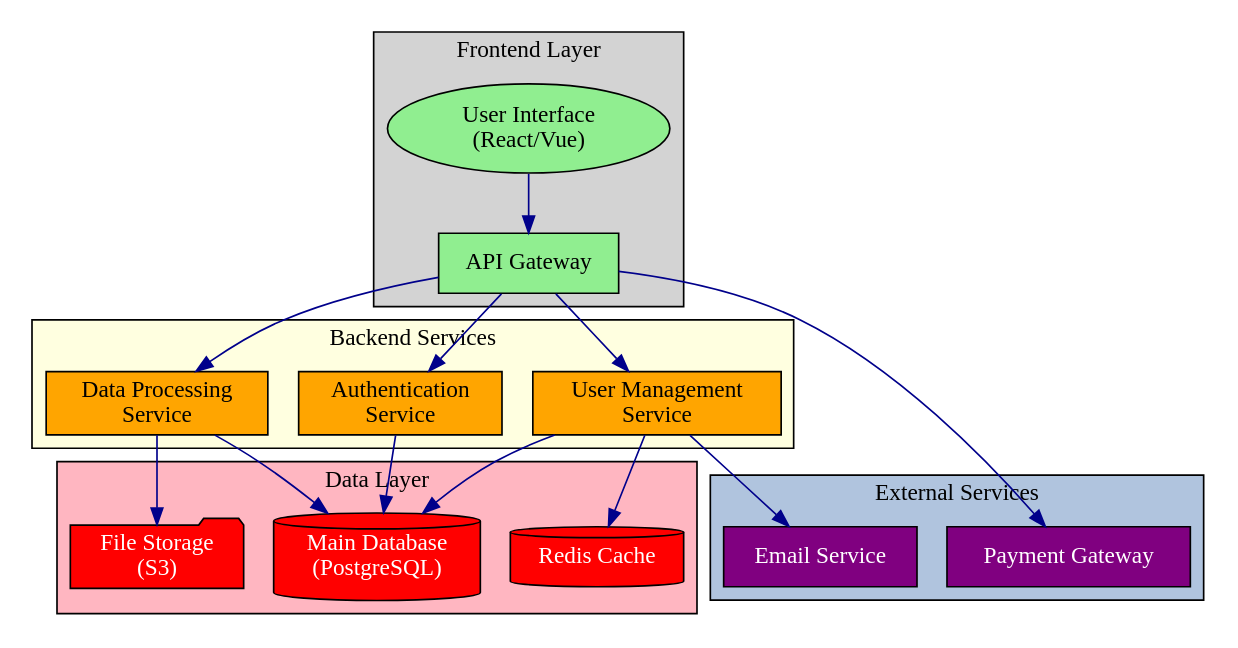
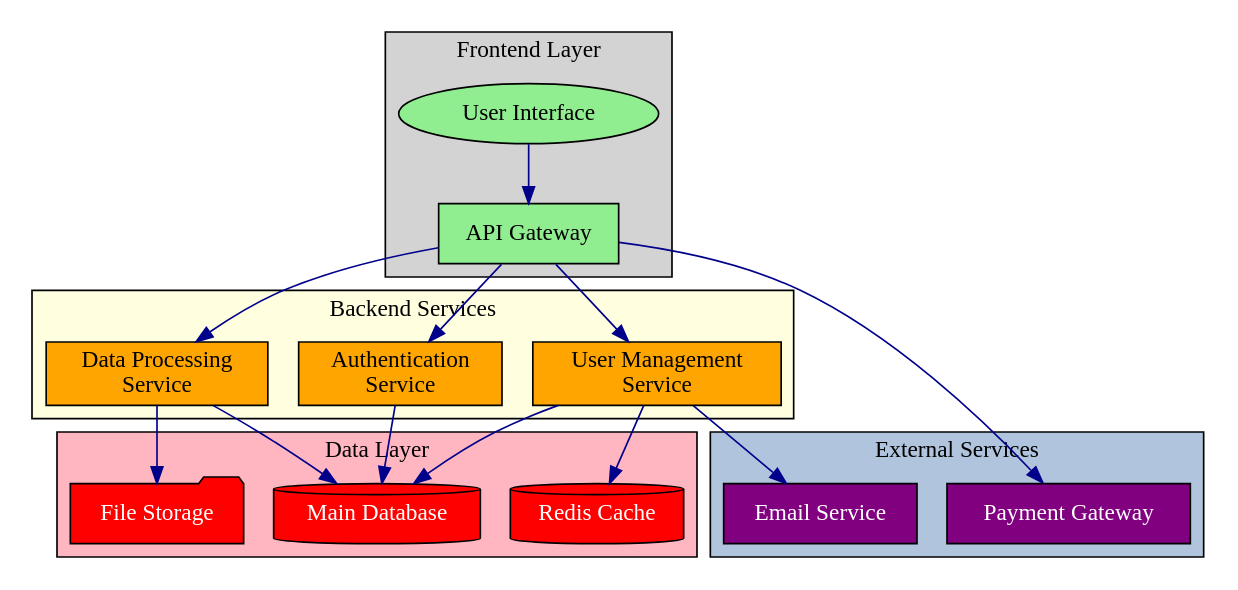
The diagram in graphs/main.dot (ericggul/MDWA-SbA-GraphVis), drawn with Graphviz before and after one commit. The commit also changed 4 other files, not shown here.

```diff
--- a/graphs/main.dot
+++ b/graphs/main.dot
@@ -1,68 +1,68 @@
 digraph SystemArchitecture {
   rankdir=TB;
   node [shape=box, style=filled, fillcolor=lightblue];
   edge [color=darkblue];
 
   // Frontend Layer
   subgraph cluster_frontend {
     label="Frontend Layer";
     style=filled;
     fillcolor=lightgray;
     
-    UI [label="User Interface\n(React/Vue)", fillcolor=lightgreen];
+    UI [label="User Interface", fillcolor=lightgreen];
     API_Gateway [label="API Gateway", fillcolor=lightgreen];
   }
 
   // Backend Layer
   subgraph cluster_backend {
     label="Backend Services";
     style=filled;
     fillcolor=lightyellow;
     
     Auth [label="Authentication\nService", fillcolor=orange];
     UserMgmt [label="User Management\nService", fillcolor=orange];
     DataProcessor [label="Data Processing\nService", fillcolor=orange];
   }
 
   // Database Layer
   subgraph cluster_database {
     label="Data Layer";
     style=filled;
     fillcolor=lightpink;
     
-    MainDB [label="Main Database\n(PostgreSQL)", fillcolor=red, fontcolor=white];
+    MainDB [label="Main Database", fillcolor=red, fontcolor=white];
     Cache [label="Redis Cache", fillcolor=red, fontcolor=white];
-    FileStorage [label="File Storage\n(S3)", fillcolor=red, fontcolor=white];
+    FileStorage [label="File Storage", fillcolor=red, fontcolor=white];
   }
 
   // External Services
   subgraph cluster_external {
     label="External Services";
     style=filled;
     fillcolor=lightsteelblue;
     
     EmailService [label="Email Service", fillcolor=purple, fontcolor=white];
     PaymentGW [label="Payment Gateway", fillcolor=purple, fontcolor=white];
   }
 
   // Connections
   UI -> API_Gateway;
   API_Gateway -> Auth;
   API_Gateway -> UserMgmt;
   API_Gateway -> DataProcessor;
   
   Auth -> MainDB;
   UserMgmt -> MainDB;
   UserMgmt -> Cache;
   DataProcessor -> MainDB;
   DataProcessor -> FileStorage;
   
   UserMgmt -> EmailService;
   API_Gateway -> PaymentGW;
 
   // Add some styling
   UI [shape=ellipse];
   MainDB [shape=cylinder];
   Cache [shape=cylinder];
   FileStorage [shape=folder];
 } 
```
